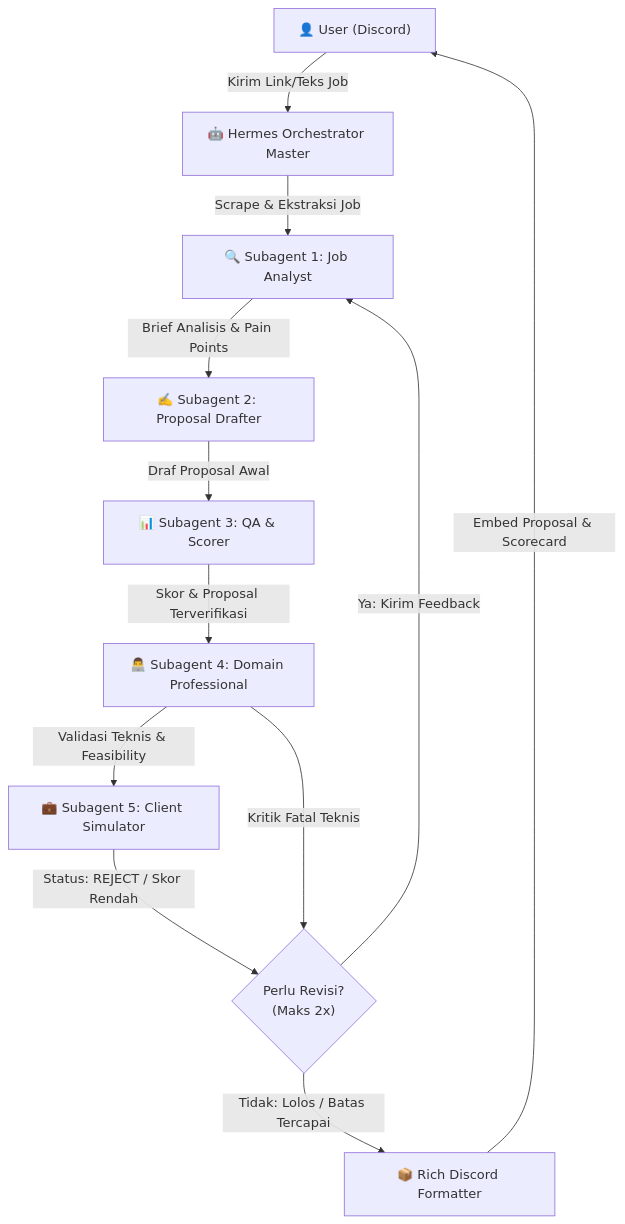
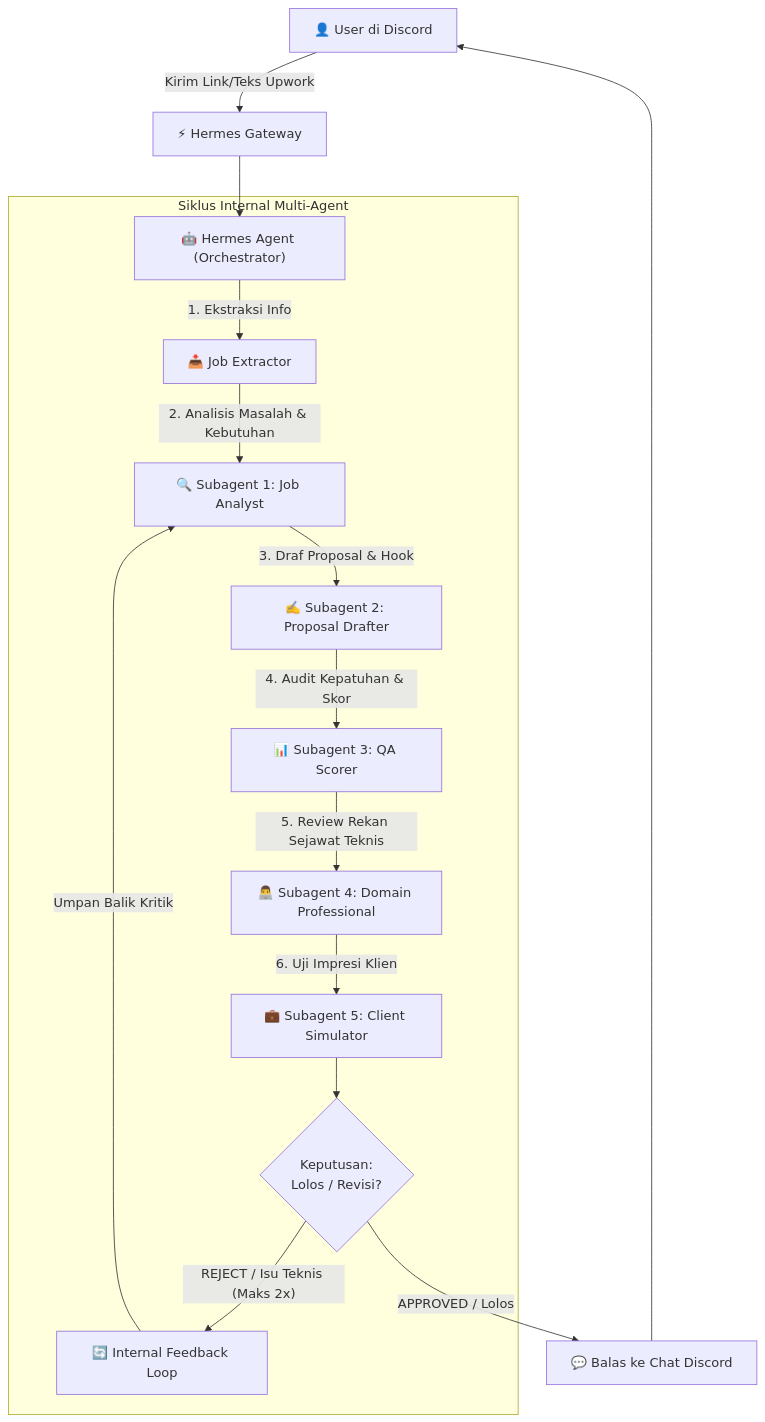
One commit to DanuarWira/freelance-skill changed the diagram in upwork-proposal-orchestrator/SKILL.md. Above: the diagram before and after it, drawn with Mermaid. The commit also changed other lines of this file and 9725 other files, not shown here.

````diff
--- a/upwork-proposal-orchestrator/SKILL.md
+++ b/upwork-proposal-orchestrator/SKILL.md
@@ -16,17 +17,21 @@
 ```mermaid
 flowchart TD
-    User["👤 User (Discord)"] -->|"Kirim Link/Teks Job"| HermesMaster["🤖 Hermes Orchestrator Master"]
-    HermesMaster -->|"Scrape & Ekstraksi Job"| Sub1["🔍 Subagent 1: Job Analyst"]
-    Sub1 -->|"Brief Analisis & Pain Points"| Sub2["✍️ Subagent 2: Proposal Drafter"]
-    Sub2 -->|"Draf Proposal Awal"| Sub3["📊 Subagent 3: QA & Scorer"]
+    User["👤 User di Discord"] -->|"Kirim Link/Teks Upwork"| Gateway["⚡ Hermes Gateway"]
+    Gateway --> Hermes["🤖 Hermes Agent (Orchestrator)"]
     
-    Sub3 -->|"Skor & Proposal Terverifikasi"| Sub4["👨‍💻 Subagent 4: Domain Professional"]
-    Sub4 -->|"Validasi Teknis & Feasibility"| Sub5["💼 Subagent 5: Client Simulator"]
+    subgraph Execution ["Siklus Internal Multi-Agent"]
+        Hermes -->|"1. Ekstraksi Info"| Extractor["📥 Job Extractor"]
+        Extractor -->|"2. Analisis Masalah & Kebutuhan"| Sub1["🔍 Subagent 1: Job Analyst"]
+        Sub1 -->|"3. Draf Proposal & Hook"| Sub2["✍️ Subagent 2: Proposal Drafter"]
+        Sub2 -->|"4. Audit Kepatuhan & Skor"| Sub3["📊 Subagent 3: QA Scorer"]
+        Sub3 -->|"5. Review Rekan Sejawat Teknis"| Sub4["👨‍💻 Subagent 4: Domain Professional"]
+        Sub4 -->|"6. Uji Impresi Klien"| Sub5["💼 Subagent 5: Client Simulator"]
+        
+        Sub5 --> ReviewCheck{"Keputusan:<br/>Lolos / Revisi?"}
+        ReviewCheck -->|"REJECT / Isu Teknis (Maks 2x)"| LoopRevision["🔄 Internal Feedback Loop"]
+        LoopRevision -->|"Umpan Balik Kritik"| Sub1
+    end
     
-    Sub5 -->|Status: REJECT / Skor Rendah| LoopCheck{"Perlu Revisi?<br/>(Maks 2x)"}
-    Sub4 -->|Kritik Fatal Teknis| LoopCheck
-    
-    LoopCheck -->|Ya: Kirim Feedback| Sub1
-    LoopCheck -->|Tidak: Lolos / Batas Tercapai| Formatter["📦 Rich Discord Formatter"]
-    Formatter -->|"Embed Proposal & Scorecard"| User
+    ReviewCheck -->|"APPROVED / Lolos"| DiscordReply["💬 Balas ke Chat Discord"]
+    DiscordReply --> User
 ```
````
